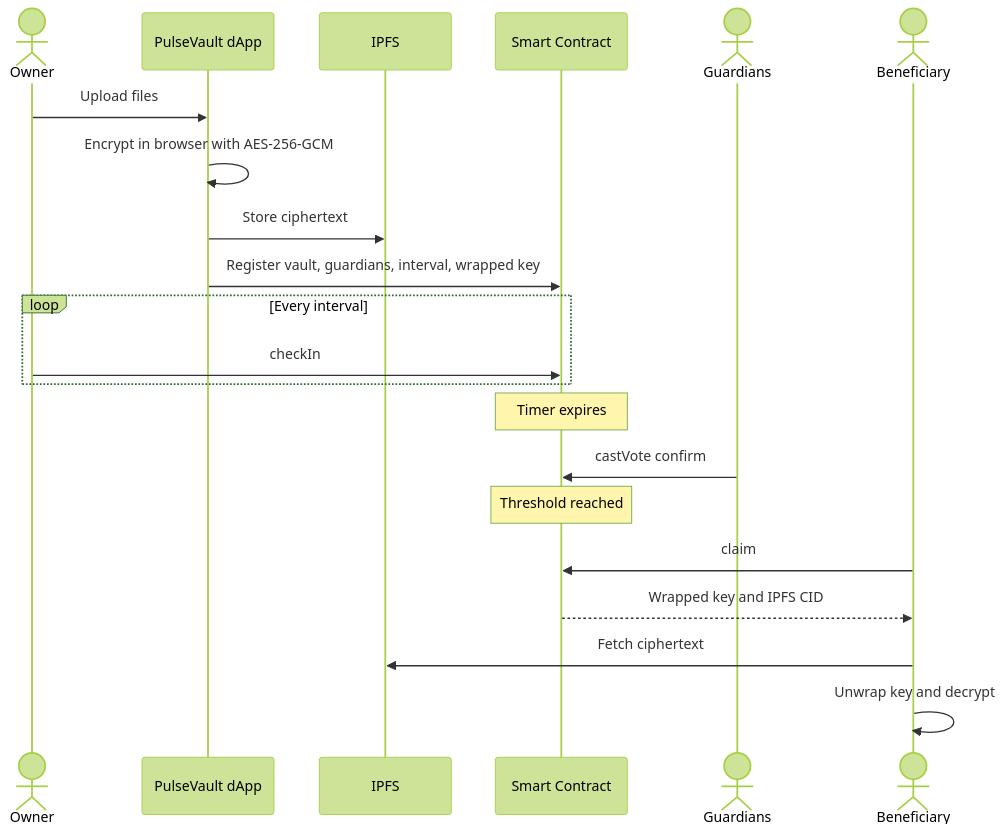
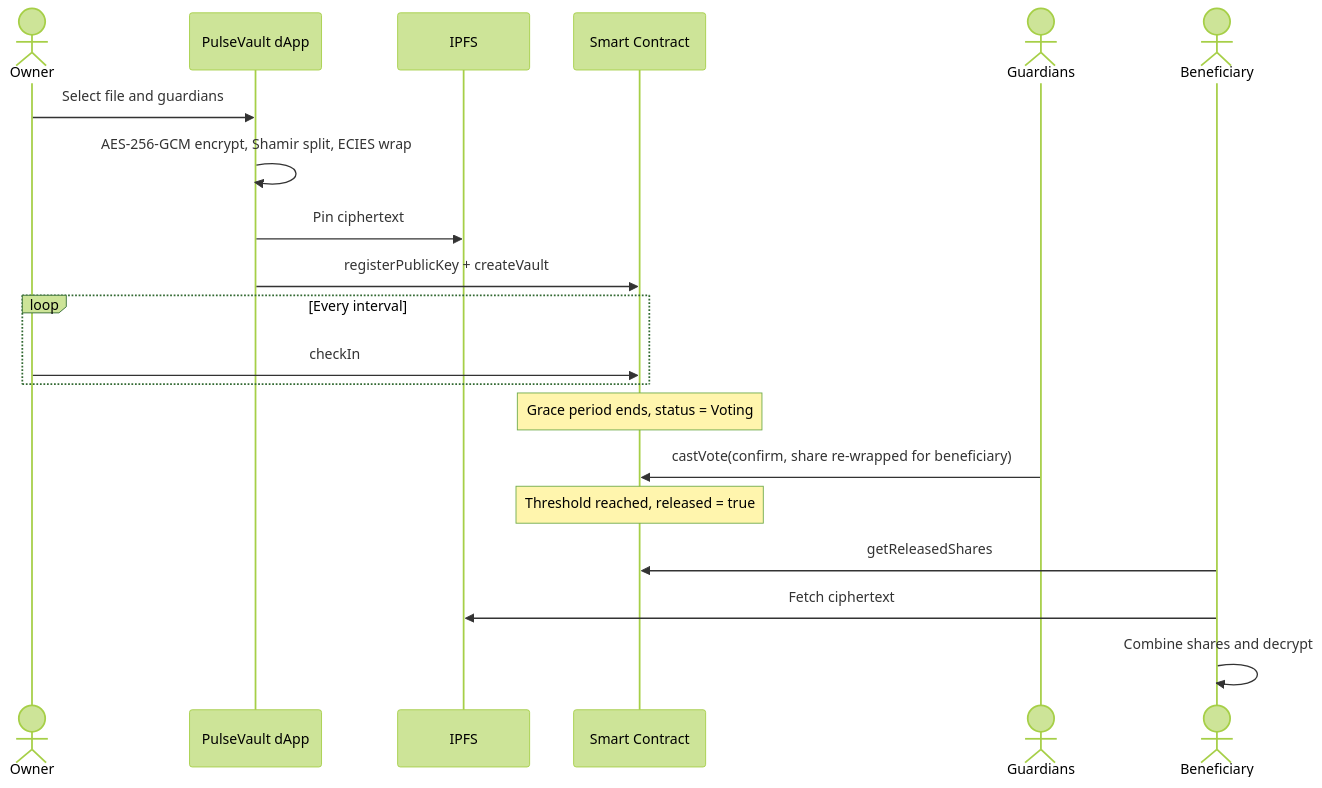
Before and after one commit to tarunt-07/PulseVault: the second of 2 diagrams in README.md, drawn with Mermaid (forest theme). The commit also changed other lines of this file and 1 other file, not shown here.

````diff
--- a/README.md
+++ b/README.md
@@ -77,24 +80,23 @@
 ```mermaid
 sequenceDiagram
     actor O as Owner
     participant A as PulseVault dApp
     participant I as IPFS
     participant S as Smart Contract
     actor G as Guardians
     actor B as Beneficiary
 
-    O->>A: Upload files
-    A->>A: Encrypt in browser with AES-256-GCM
-    A->>I: Store ciphertext
-    A->>S: Register vault, guardians, interval, wrapped key
+    O->>A: Select file and guardians
+    A->>A: AES-256-GCM encrypt, Shamir split, ECIES wrap
+    A->>I: Pin ciphertext
+    A->>S: registerPublicKey + createVault
     loop Every interval
         O->>S: checkIn
     end
-    Note over S: Timer expires
-    G->>S: castVote confirm
-    Note over S: Threshold reached
-    B->>S: claim
-    S-->>B: Wrapped key and IPFS CID
+    Note over S: Grace period ends, status = Voting
+    G->>S: castVote(confirm, share re-wrapped for beneficiary)
+    Note over S: Threshold reached, released = true
+    B->>S: getReleasedShares
     B->>I: Fetch ciphertext
-    B->>B: Unwrap key and decrypt
+    B->>B: Combine shares and decrypt
 ```
````
